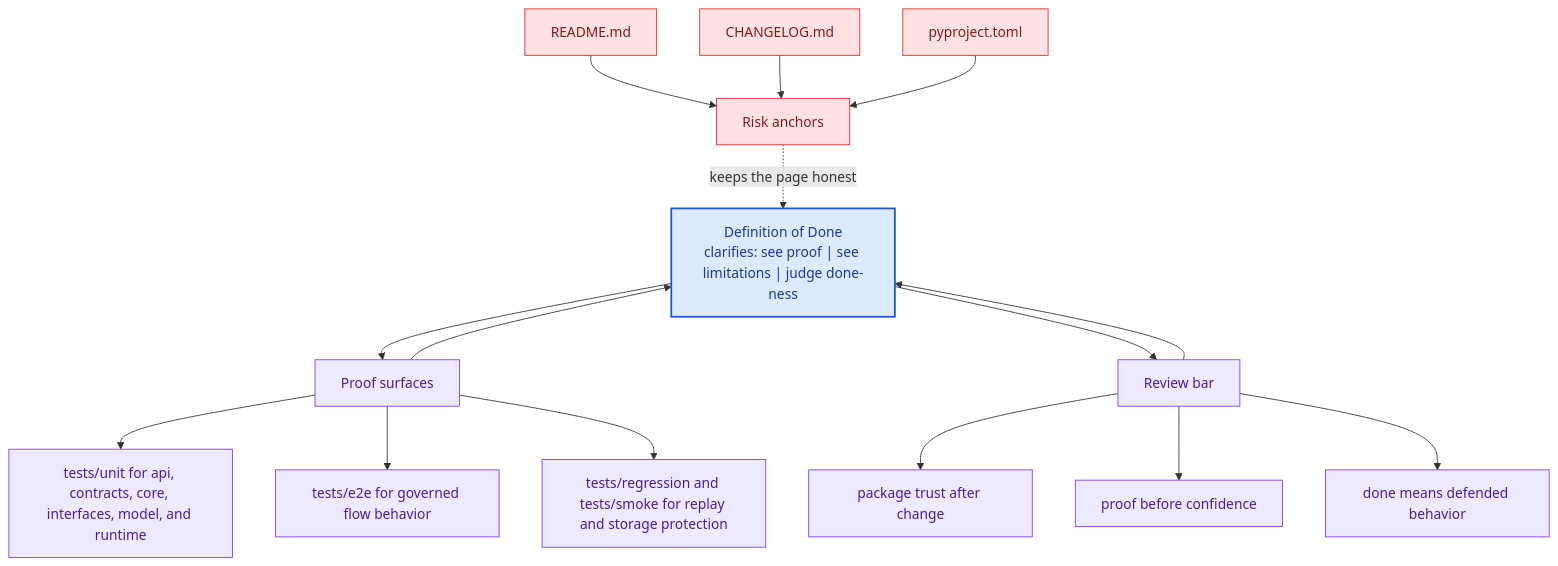
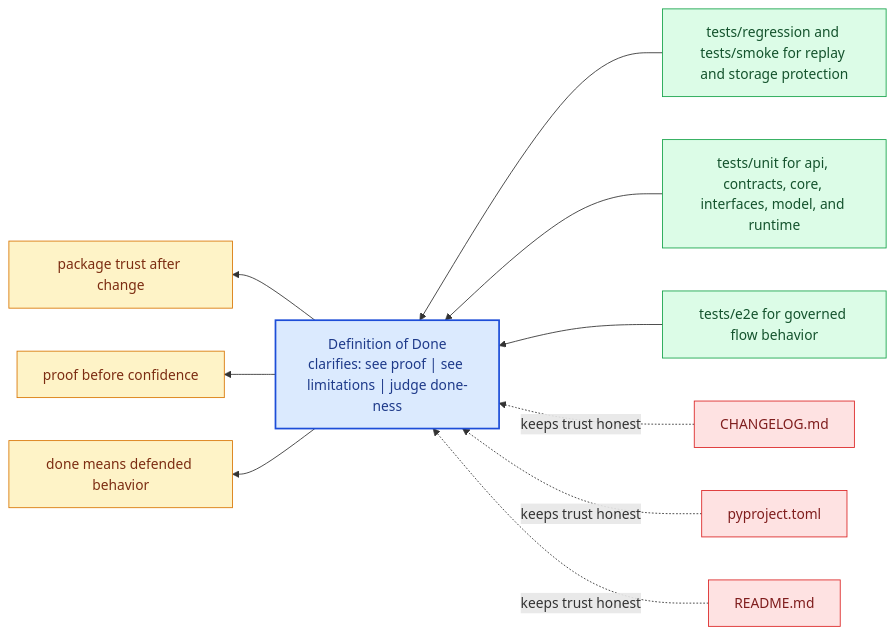
Before and after one commit to bijux/bijux-canon: the diagram in docs/bijux-canon-runtime/quality/definition-of-done.md, drawn with Mermaid. The commit also changed other lines of this file and 281 other files, not shown here.

Commit message:
docs(diagrams): replace repeated mermaid scaffolds with page-specific summaries

````diff
--- a/docs/bijux-canon-runtime/quality/definition-of-done.md
+++ b/docs/bijux-canon-runtime/quality/definition-of-done.md
@@ -67,41 +22,31 @@
 ```mermaid
-flowchart TB
-    promise["Definition of Done<br/>clarifies: see proof | see limitations | judge done-ness"]
-    classDef promise fill:#dbeafe,stroke:#1d4ed8,color:#1e3a8a,stroke-width:2px;
-    classDef driver fill:#dcfce7,stroke:#16a34a,color:#14532d;
-    classDef constraint fill:#fee2e2,stroke:#dc2626,color:#7f1d1d;
-    classDef ground fill:#ede9fe,stroke:#7c3aed,color:#4c1d95;
-    focus1["Proof surfaces"]
-    focus1 --> promise
-    promise --> focus1
-    focus1_1["tests/unit for api, contracts, core, interfaces, model, and runtime"]
-    focus1 --> focus1_1
-    focus1_2["tests/e2e for governed flow behavior"]
-    focus1 --> focus1_2
-    focus1_3["tests/regression and tests/smoke for replay and storage protection"]
-    focus1 --> focus1_3
-    class focus1 ground;
-    class focus1_1,focus1_2,focus1_3 ground;
-    focus2["Risk anchors"]
-    focus2 -.keeps the page honest.-> promise
-    focus2_1["README.md"]
-    focus2_1 --> focus2
-    focus2_2["CHANGELOG.md"]
-    focus2_2 --> focus2
-    focus2_3["pyproject.toml"]
-    focus2_3 --> focus2
-    class focus2 constraint;
-    class focus2_1,focus2_2,focus2_3 constraint;
-    focus3["Review bar"]
-    focus3 --> promise
-    promise --> focus3
-    focus3_1["package trust after change"]
-    focus3 --> focus3_1
-    focus3_2["proof before confidence"]
-    focus3 --> focus3_2
-    focus3_3["done means defended behavior"]
-    focus3 --> focus3_3
-    class focus3 ground;
-    class focus3_1,focus3_2,focus3_3 ground;
-    class promise promise;
+flowchart RL
+    page["Definition of Done<br/>clarifies: see proof | see limitations | judge done-ness"]
+    classDef page fill:#dbeafe,stroke:#1d4ed8,color:#1e3a8a,stroke-width:2px;
+    classDef positive fill:#dcfce7,stroke:#16a34a,color:#14532d;
+    classDef caution fill:#fee2e2,stroke:#dc2626,color:#7f1d1d;
+    classDef anchor fill:#ede9fe,stroke:#7c3aed,color:#4c1d95;
+    classDef action fill:#fef3c7,stroke:#d97706,color:#7c2d12;
+    proof1["tests/regression and tests/smoke for replay and storage protection"]
+    proof1 --> page
+    proof2["tests/unit for api, contracts, core, interfaces, model, and runtime"]
+    proof2 --> page
+    proof3["tests/e2e for governed flow behavior"]
+    proof3 --> page
+    risk1["CHANGELOG.md"]
+    risk1 -.keeps trust honest.-> page
+    risk2["pyproject.toml"]
+    risk2 -.keeps trust honest.-> page
+    risk3["README.md"]
+    risk3 -.keeps trust honest.-> page
+    bar1["package trust after change"]
+    page --> bar1
+    bar2["proof before confidence"]
+    page --> bar2
+    bar3["done means defended behavior"]
+    page --> bar3
+    class page page;
+    class proof1,proof2,proof3 positive;
+    class risk1,risk2,risk3 caution;
+    class bar1,bar2,bar3 action;
 ```
````
